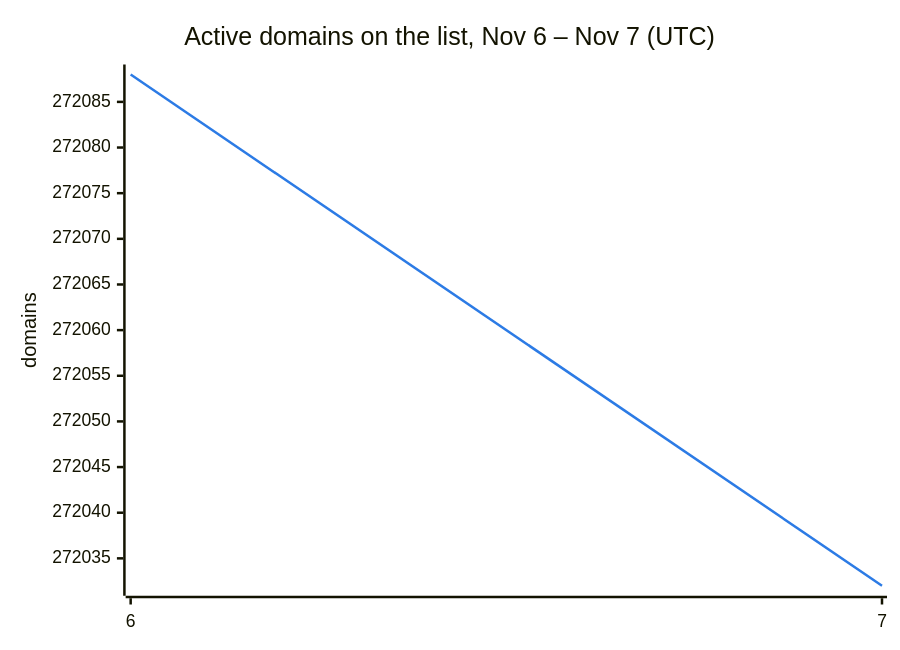
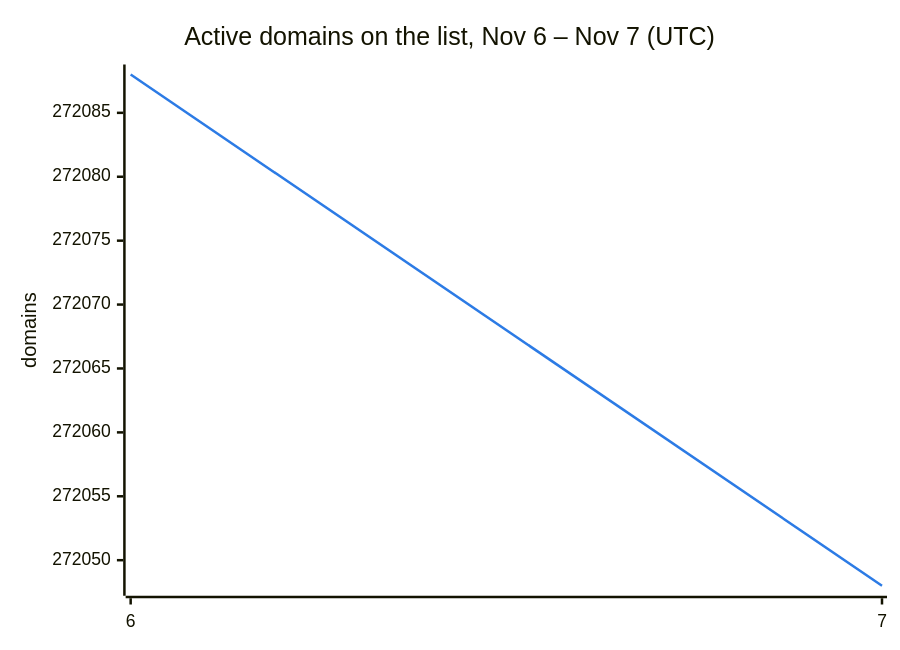
One commit to DNSBunker/CTI changed the second of 3 diagrams in README.md. Above: the diagram before and after it, drawn with Mermaid. The commit also changed other lines of this file and 3 other files, not shown here.

````diff
--- a/README.md
+++ b/README.md
@@ -38,8 +38,8 @@
 ```mermaid
 %%{init: {"themeVariables": {"xyChart": {"plotColorPalette": "#2c7be5"}}}}%%
 xychart-beta
     title "Active domains on the list, Nov 6 – Nov 7 (UTC)"
     x-axis ["6", "7"]
     y-axis "domains"
-    line [272088, 272032]
+    line [272088, 272048]
 ```
````
